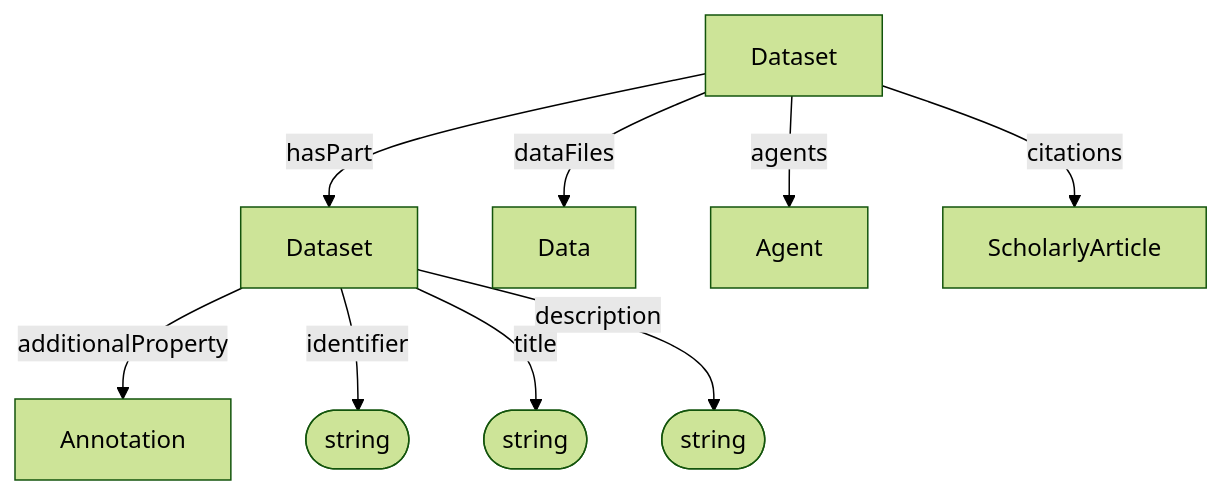
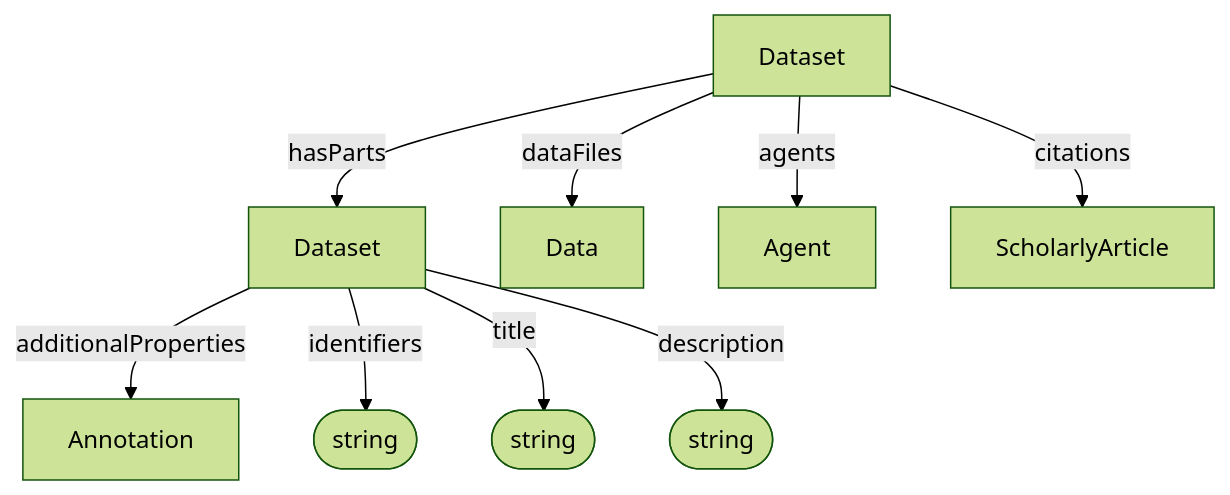
Before and after one commit to HLWeil/ARC-base-model: the diagram in docs/spec/administrative/Dataset.md, drawn with Mermaid (forest theme). The commit also changed other lines of this file, not shown here.

Commit message:
update administrative dataset spec with cardinality (including plural naming), recommended schema.org mappings, and better descriptions

````diff
--- a/docs/spec/administrative/Dataset.md
+++ b/docs/spec/administrative/Dataset.md
@@ -42,19 +42,19 @@
 ```mermaid
 flowchart TD
 
     id@{ shape: stadium, label: "string" }
     na@{ shape: stadium, label: "string" }
     de@{ shape: stadium, label: "string" }
 
     d[Dataset]
-    d --hasPart--> Dataset
+    d --hasParts--> Dataset
     d --dataFiles--> Data
     d --agents--> Agent
     d --citations--> ScholarlyArticle
-    Dataset --additionalProperty--> Annotation
-    Dataset --identifier--> id
+    Dataset --additionalProperties--> Annotation
+    Dataset --identifiers--> id
     Dataset --title--> na
     Dataset --description--> de
 
 
 ```
````
